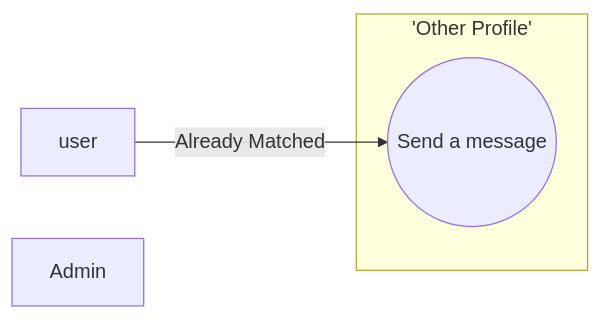
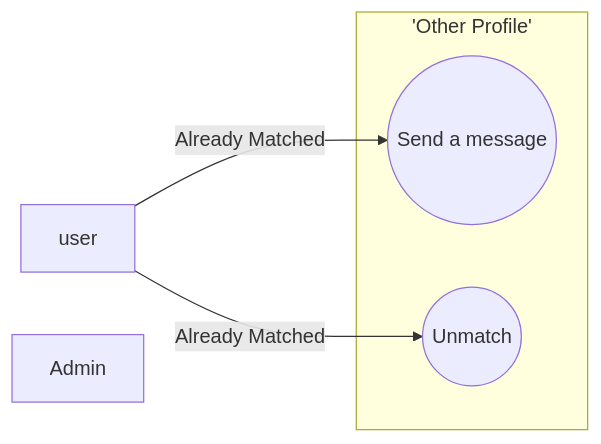
One commit to Omar1H1/initiative-app changed the fourth of 4 diagrams in README.MD. Above: the diagram before and after it, drawn with Mermaid. The commit also changed other lines of this file, not shown here.

````diff
--- a/README.MD
+++ b/README.MD
@@ -44,13 +44,14 @@
 ```mermaid
 flowchart LR
     subgraph 'Other Profile'
-
-    uc2((Send a message))
+        uc1((Send a message))
+        uc2((Unmatch))
 
     end
     user[user]
     admin[Admin]
 
+    user -- Already Matched--> uc1
     user --Already Matched--> uc2
 
 ```
````
